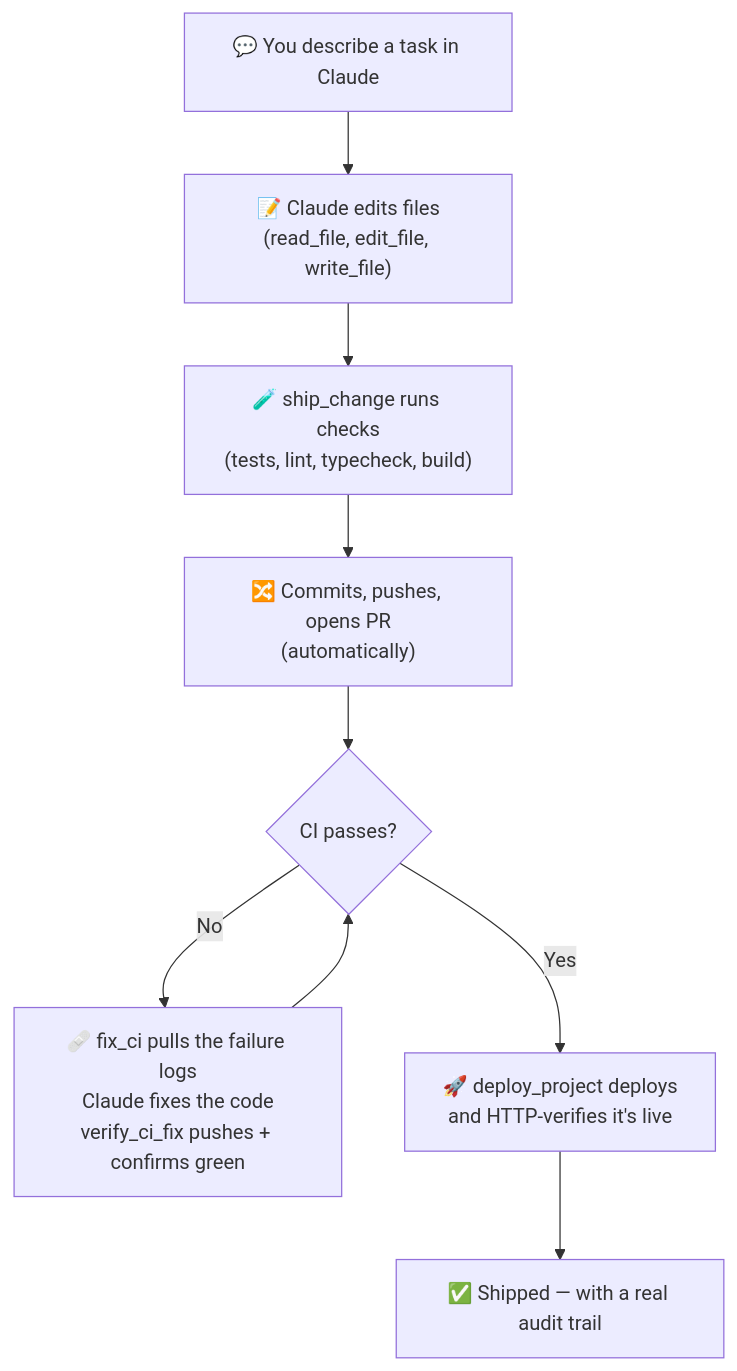
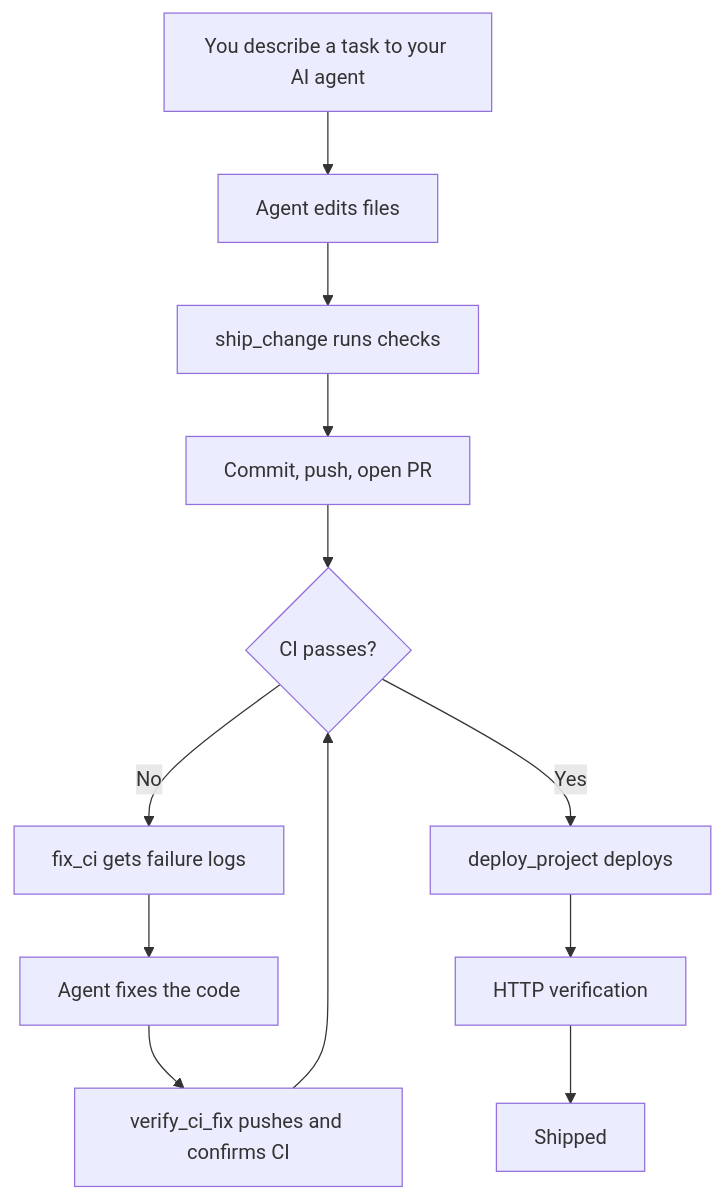
The diagram in README.md (KNIHAL/causly-server), drawn with Mermaid before and after one commit. The commit also changed other lines of this file, not shown here.

````diff
--- a/README.md
+++ b/README.md
@@ -59,11 +74,14 @@
 ```mermaid
 flowchart TD
-    A["💬 You describe a task in Claude"] --> B["📝 Claude edits files\n(read_file, edit_file, write_file)"]
-    B --> C["🧪 ship_change runs checks\n(tests, lint, typecheck, build)"]
-    C --> D["🔀 Commits, pushes, opens PR\n(automatically)"]
+    A["You describe a task to your AI agent"] --> B["Agent edits files"]
+    B --> C["ship_change runs checks"]
+    C --> D["Commit, push, open PR"]
     D --> E{"CI passes?"}
-    E -- "No" --> F["🩹 fix_ci pulls the failure logs\nClaude fixes the code\nverify_ci_fix pushes + confirms green"]
-    F --> E
-    E -- "Yes" --> G["🚀 deploy_project deploys\nand HTTP-verifies it's live"]
-    G --> H["✅ Shipped — with a real audit trail"]
+    E -- "No" --> F["fix_ci gets failure logs"]
+    F --> G["Agent fixes the code"]
+    G --> H["verify_ci_fix pushes and confirms CI"]
+    H --> E
+    E -- "Yes" --> I["deploy_project deploys"]
+    I --> J["HTTP verification"]
+    J --> K["Shipped"]
 ```
````
